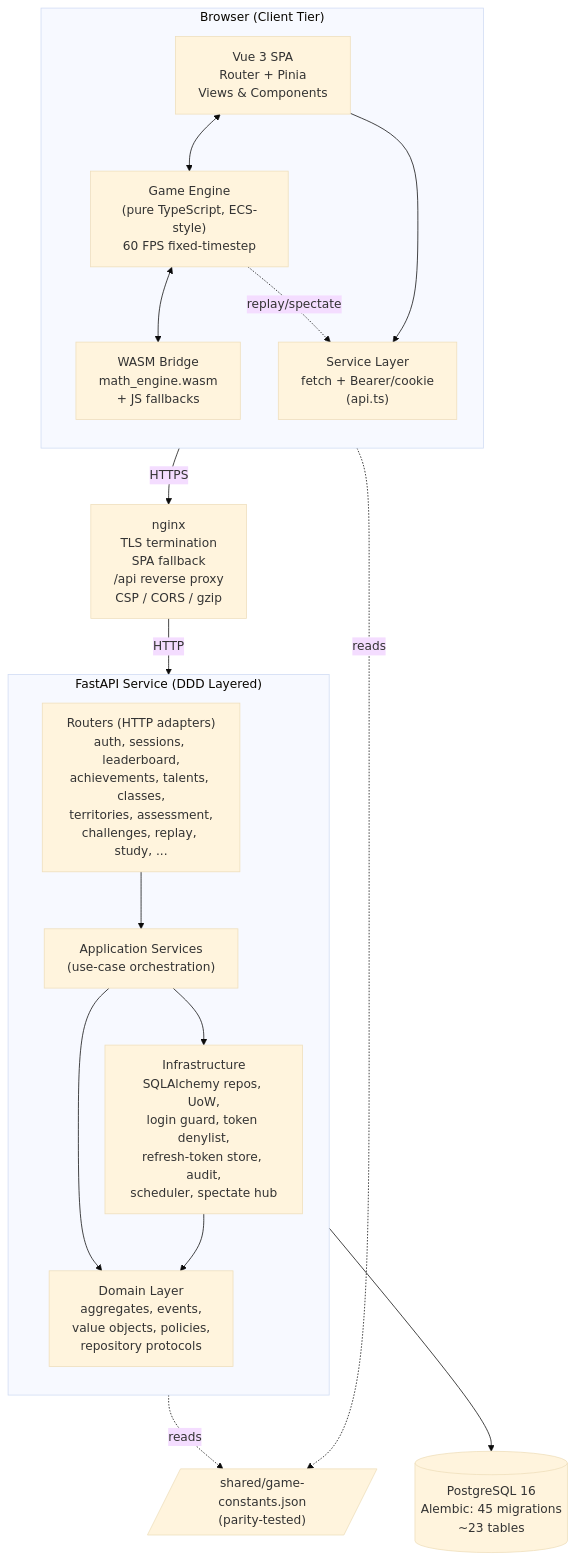
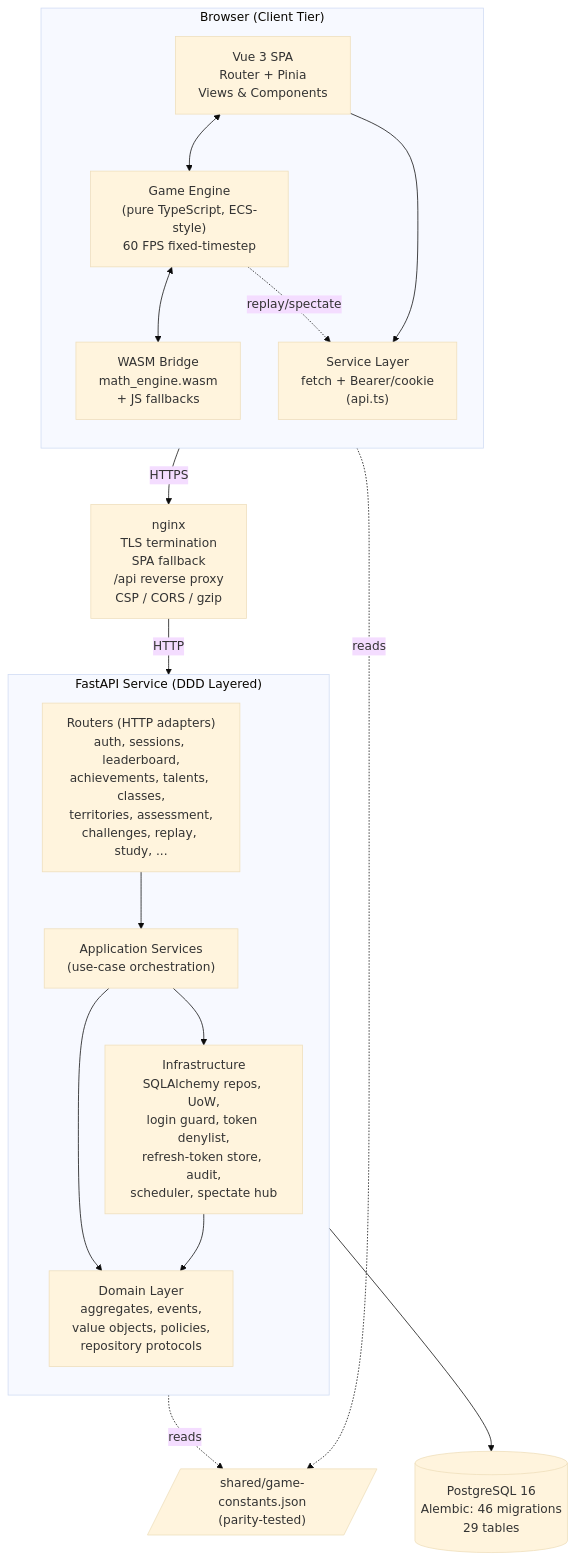
One commit to 2026-NTNU-Computer-Programming-II-POLS/Math-Defense changed the first of 10 diagrams in ARCHITECTURE.md. Above: the diagram before and after it, drawn with Mermaid (base theme). The commit also changed other lines of this file and 6 other files, not shown here.

````diff
--- a/ARCHITECTURE.md
+++ b/ARCHITECTURE.md
@@ -39,36 +39,36 @@
 ```mermaid
 flowchart TB
     subgraph Client["Browser (Client Tier)"]
         direction TB
         SPA["Vue 3 SPA<br/>Router + Pinia<br/>Views & Components"]
         Engine["Game Engine<br/>(pure TypeScript, ECS-style)<br/>60 FPS fixed-timestep"]
         WASM["WASM Bridge<br/>math_engine.wasm<br/>+ JS fallbacks"]
         APIClient["Service Layer<br/>fetch + Bearer/cookie<br/>(api.ts)"]
         SPA <--> Engine
         Engine <--> WASM
         SPA --> APIClient
         Engine -.replay/spectate.-> APIClient
     end
 
     Nginx["nginx<br/>TLS termination<br/>SPA fallback<br/>/api reverse proxy<br/>CSP / CORS / gzip"]
 
     subgraph Backend["FastAPI Service (DDD Layered)"]
         direction TB
         Routers["Routers (HTTP adapters)<br/>auth, sessions, leaderboard,<br/>achievements, talents, classes,<br/>territories, assessment,<br/>challenges, replay, study, ..."]
         AppSvc["Application Services<br/>(use-case orchestration)"]
         Domain["Domain Layer<br/>aggregates, events,<br/>value objects, policies,<br/>repository protocols"]
         Infra["Infrastructure<br/>SQLAlchemy repos, UoW,<br/>login guard, token denylist,<br/>refresh-token store, audit,<br/>scheduler, spectate hub"]
         Routers --> AppSvc --> Domain
         AppSvc --> Infra
         Infra --> Domain
     end
 
-    DB[("PostgreSQL 16<br/>Alembic: 45 migrations<br/>~23 tables")]
+    DB[("PostgreSQL 16<br/>Alembic: 46 migrations<br/>29 tables")]
     Shared[/"shared/game-constants.json<br/>(parity-tested)"/]
 
     Client -- HTTPS --> Nginx
     Nginx -- HTTP --> Routers
     Infra --> DB
     Engine -. reads .-> Shared
     Backend -. reads .-> Shared
 ```
````
